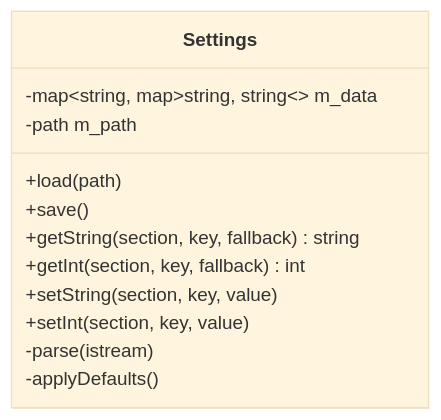
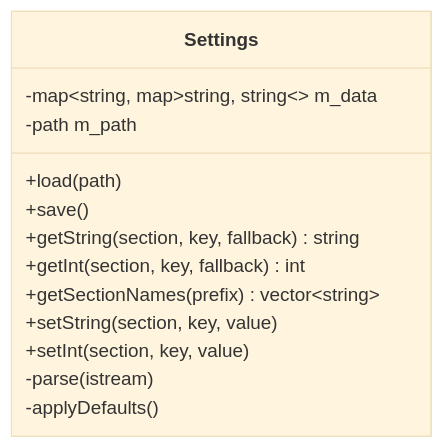
One commit to notnotme/osp2 changed the diagram in docs/settings.md. Above: the diagram before and after it, drawn with Mermaid (base theme). The commit also changed other lines of this file and 8 other files, not shown here.

````diff
--- a/docs/settings.md
+++ b/docs/settings.md
@@ -5,15 +5,16 @@
 ```mermaid
 classDiagram
     class Settings {
         -map~string, map~string, string~~ m_data
         -path m_path
         +load(path)
         +save()
         +getString(section, key, fallback) string
         +getInt(section, key, fallback) int
+        +getSectionNames(prefix) vector~string~
         +setString(section, key, value)
         +setInt(section, key, value)
         -parse(istream)
         -applyDefaults()
     }
 ```
````
